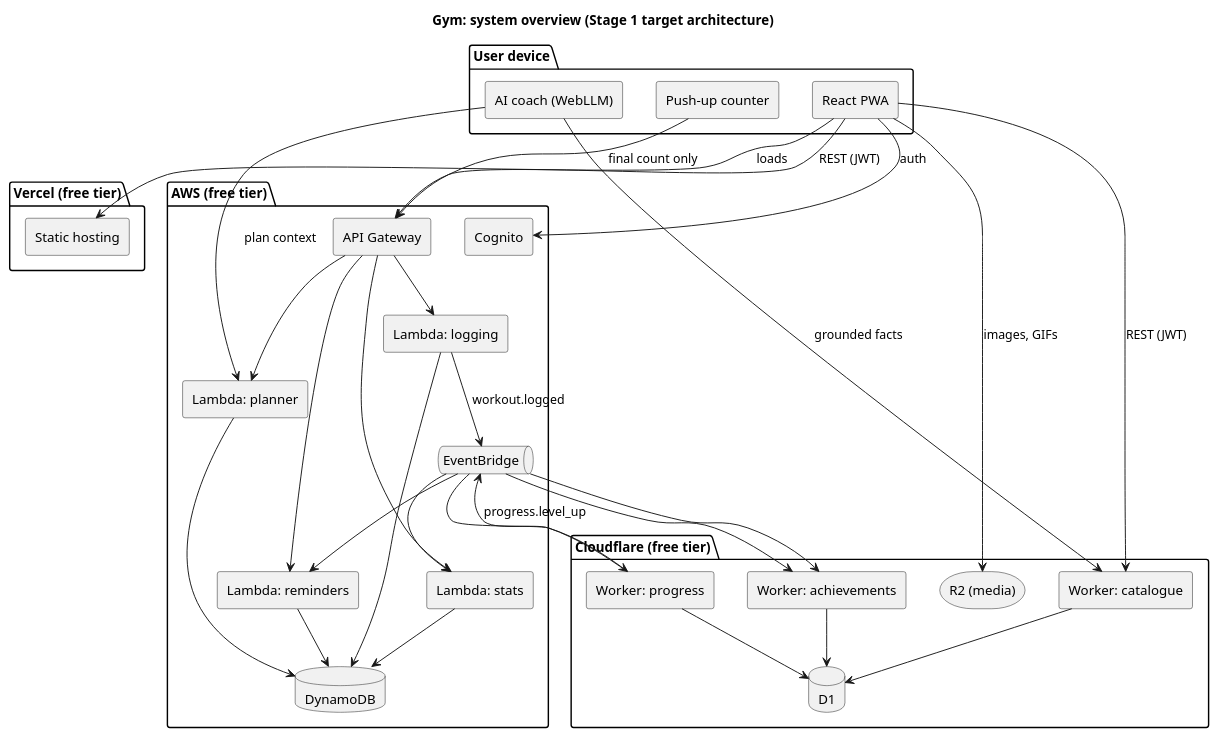
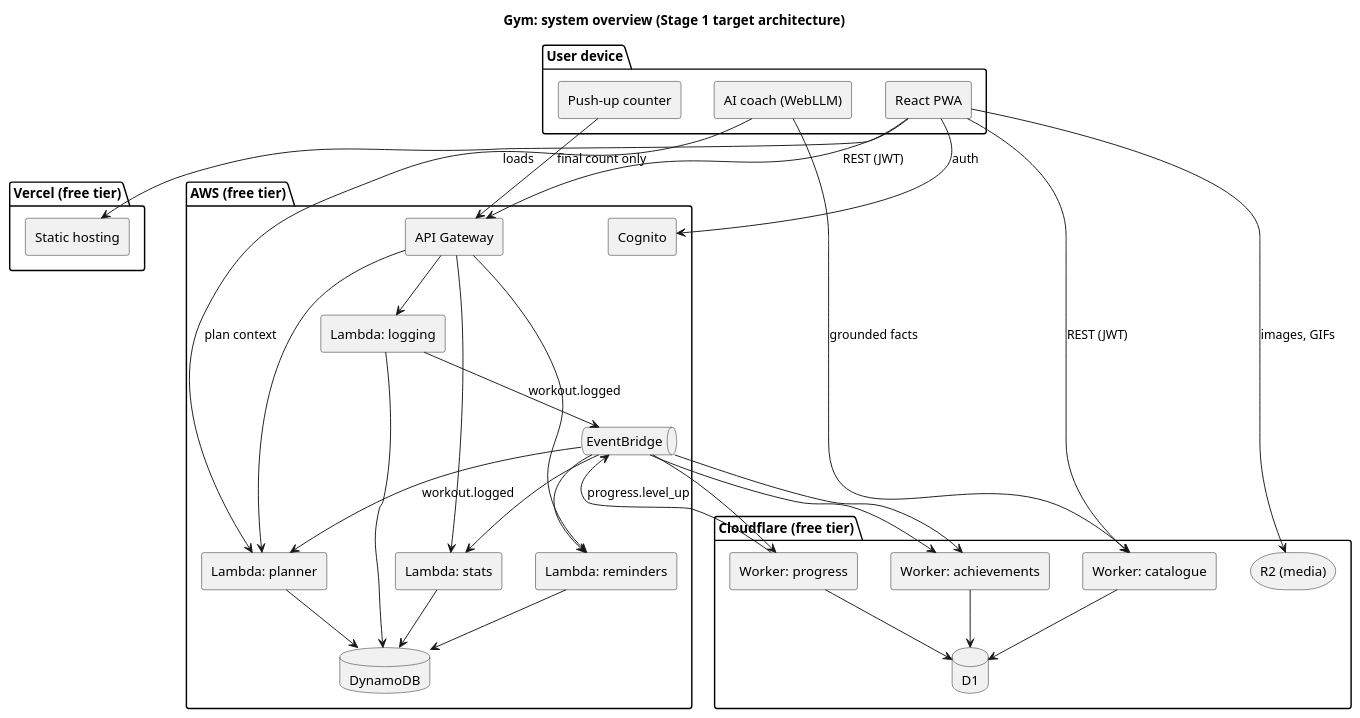
Before and after one commit to bobosiband/Gym: the diagram in docs/uml/system/overview.puml, drawn with PlantUML. The commit also changed 2 other files, not shown here.

Commit message:
fix: draw planner as a workout.logged consumer in system diagrams
docs/events.md lists services/planner as a consumer of workout.logged.v1, but none of the three system PlantUML diagrams showed an EventBridge arrow to planner. Add the arrow in overview, deployment, and event-flow, labelled workout.logged, so the diagrams match the event catalogue.

Other consumers of workout.logged (stats, progress, achievements, reminders) were already drawn correctly; no further mismatches to fix.

```diff
--- a/docs/uml/system/overview.puml
+++ b/docs/uml/system/overview.puml
@@ -1,66 +1,67 @@
 @startuml system-overview
 title Gym: system overview (Stage 1 target architecture)
 
 skinparam componentStyle rectangle
 skinparam shadowing false
 
 package "User device" {
   [React PWA] as PWA
   [Push-up counter] as PushupCounter
   [AI coach (WebLLM)] as Coach
 }
 
 package "Vercel (free tier)" {
   [Static hosting] as Hosting
 }
 
 package "AWS (free tier)" {
   [Cognito] as Cognito
   [API Gateway] as APIGW
   [Lambda: logging] as LambdaLogging
   [Lambda: stats] as LambdaStats
   [Lambda: planner] as LambdaPlanner
   [Lambda: reminders] as LambdaReminders
   database "DynamoDB" as DynamoDB
   queue "EventBridge" as EventBridge
 }
 
 package "Cloudflare (free tier)" {
   [Worker: catalogue] as WCatalogue
   [Worker: progress] as WProgress
   [Worker: achievements] as WAchievements
   database "D1" as D1
   storage "R2 (media)" as R2
 }
 
 PWA --> Hosting : loads
 PWA --> Cognito : auth
 PWA --> APIGW : REST (JWT)
 PWA --> WCatalogue : REST (JWT)
 PWA --> R2 : images, GIFs
 PushupCounter --> APIGW : final count only
 Coach --> WCatalogue : grounded facts
 Coach --> LambdaPlanner : plan context
 
 APIGW --> LambdaLogging
 APIGW --> LambdaStats
 APIGW --> LambdaPlanner
 APIGW --> LambdaReminders
 
 LambdaLogging --> DynamoDB
 LambdaStats --> DynamoDB
 LambdaPlanner --> DynamoDB
 LambdaReminders --> DynamoDB
 WCatalogue --> D1
 WProgress --> D1
 WAchievements --> D1
 
 LambdaLogging --> EventBridge : workout.logged
 EventBridge --> LambdaStats
+EventBridge --> LambdaPlanner : workout.logged
 EventBridge --> WProgress
 EventBridge --> WAchievements
 EventBridge --> LambdaReminders
 WProgress --> EventBridge : progress.level_up
 EventBridge --> WAchievements
 
 @enduml
```
